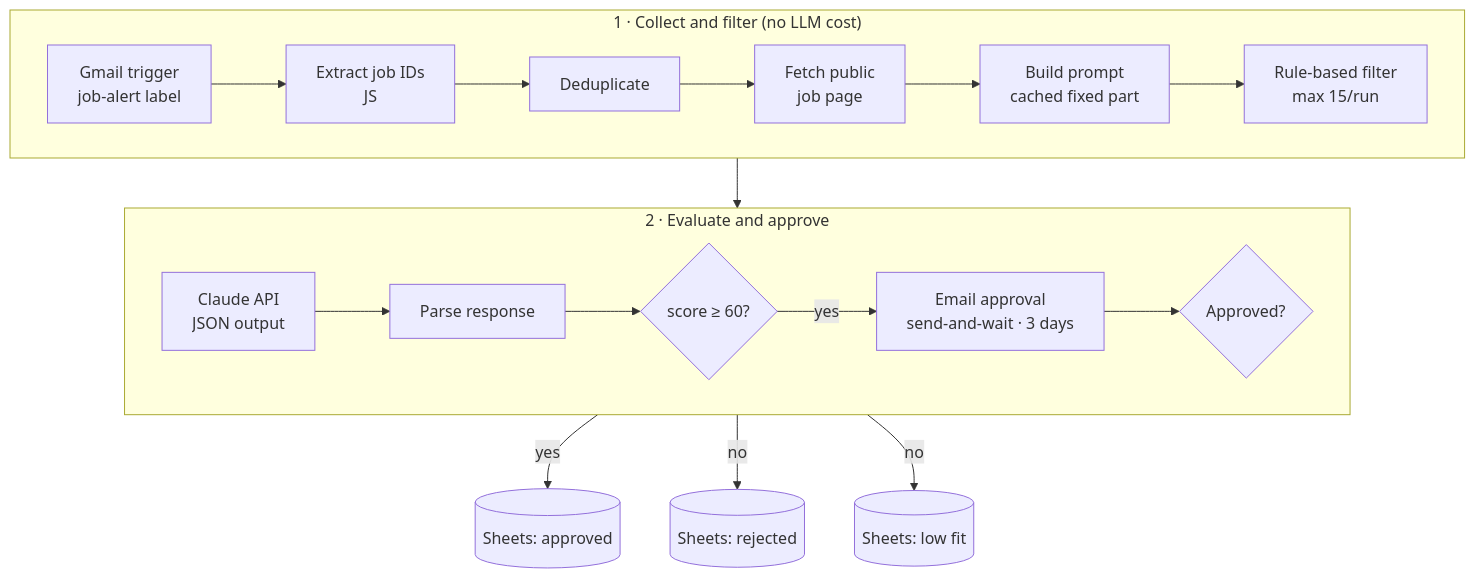
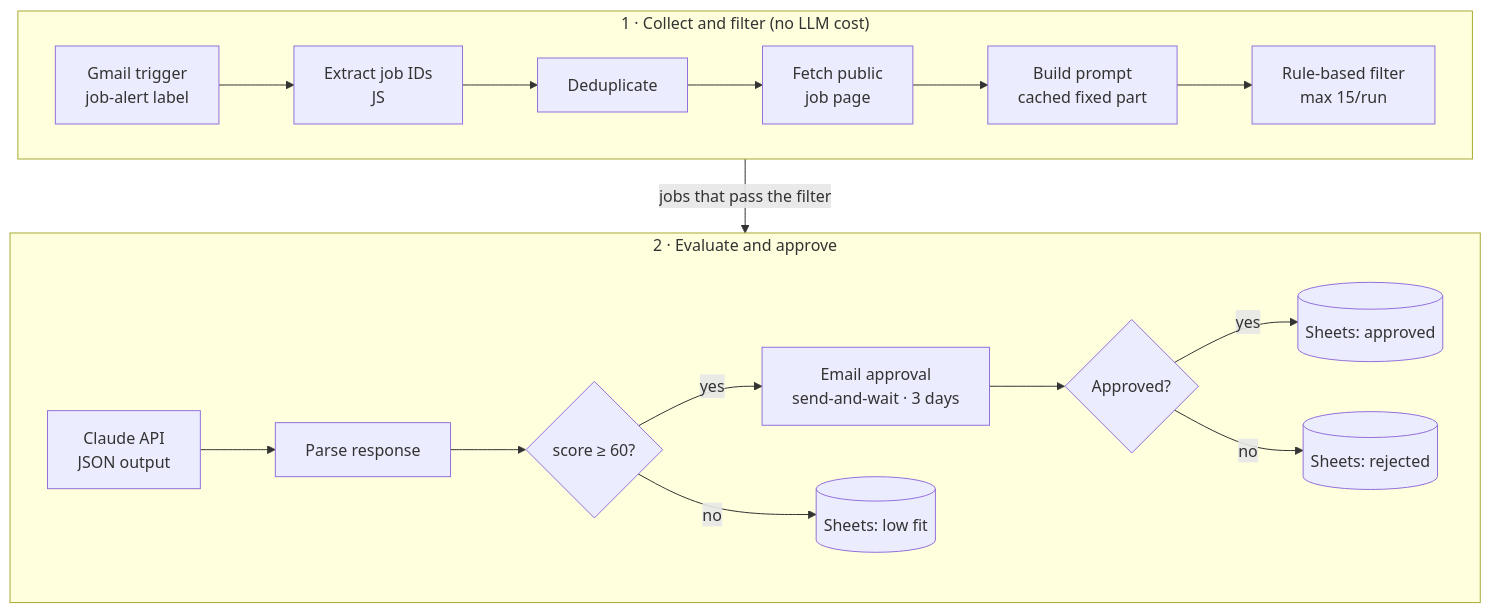
One commit to aavelarbelo/llm-job-application-assistant changed the diagram in n8n/README.md. Above: the diagram before and after it, drawn with Mermaid. The commit also changed 1 other file, not shown here.

Commit message:
Docs: keep each diagram row left-to-right
Claude-Session: https://claude.ai/code/session_01FyiMzVGZPWt1WWcRt5YY2j

````diff
--- a/n8n/README.md
+++ b/n8n/README.md
@@ -14,18 +14,18 @@
 ```mermaid
 flowchart TB
     subgraph A[" 1 · Collect and filter (no LLM cost) "]
         direction LR
         T[Gmail trigger<br/>job-alert label] --> X[Extract job IDs<br/>JS] --> D[Deduplicate]
         D --> F[Fetch public<br/>job page] --> P[Build prompt<br/>cached fixed part]
         P --> R[Rule-based filter<br/>max 15/run]
     end
     subgraph B[" 2 · Evaluate and approve "]
         direction LR
         C[Claude API<br/>JSON output] --> I[Parse response] --> S{score ≥ 60?}
         S -- yes --> AP[Email approval<br/>send-and-wait · 3 days] --> Q{Approved?}
+        Q -- yes --> G1[(Sheets: approved)]
+        Q -- no --> G2[(Sheets: rejected)]
+        S -- no --> G3[(Sheets: low fit)]
     end
-    R --> C
-    Q -- yes --> G1[(Sheets: approved)]
-    Q -- no --> G2[(Sheets: rejected)]
-    S -- no --> G3[(Sheets: low fit)]
+    A -- jobs that pass the filter --> B
 ```
````
